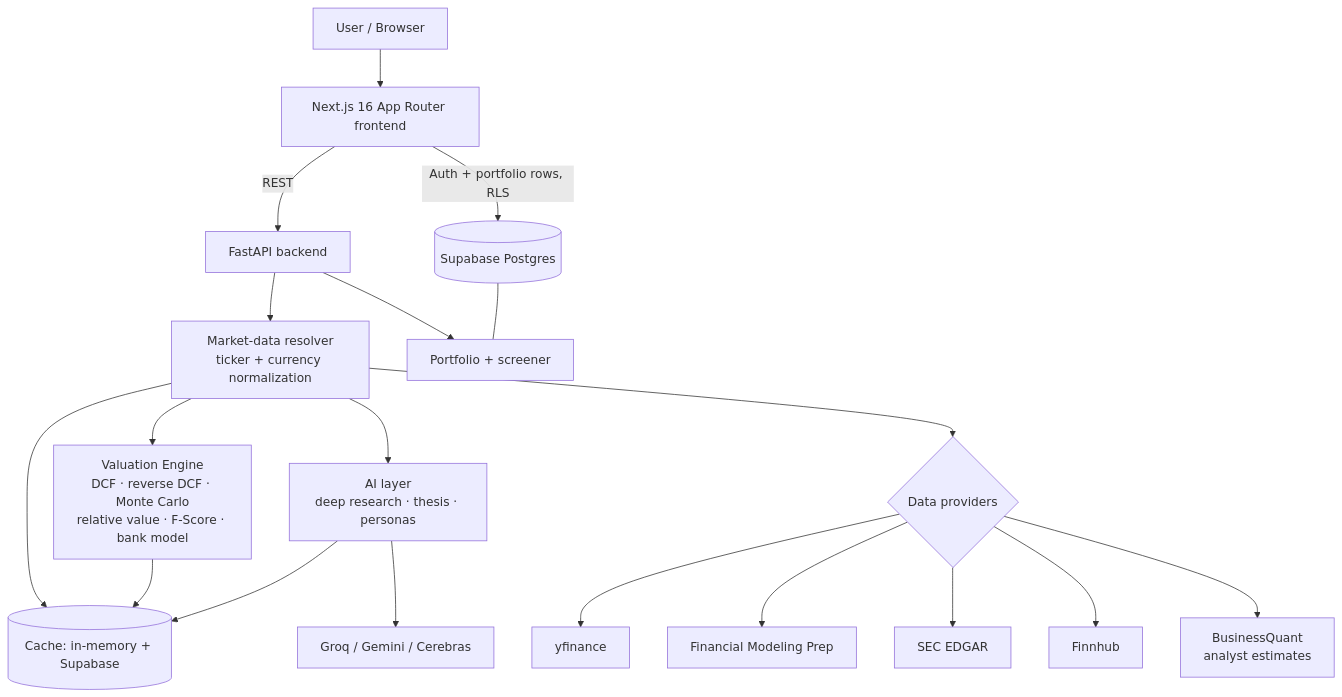
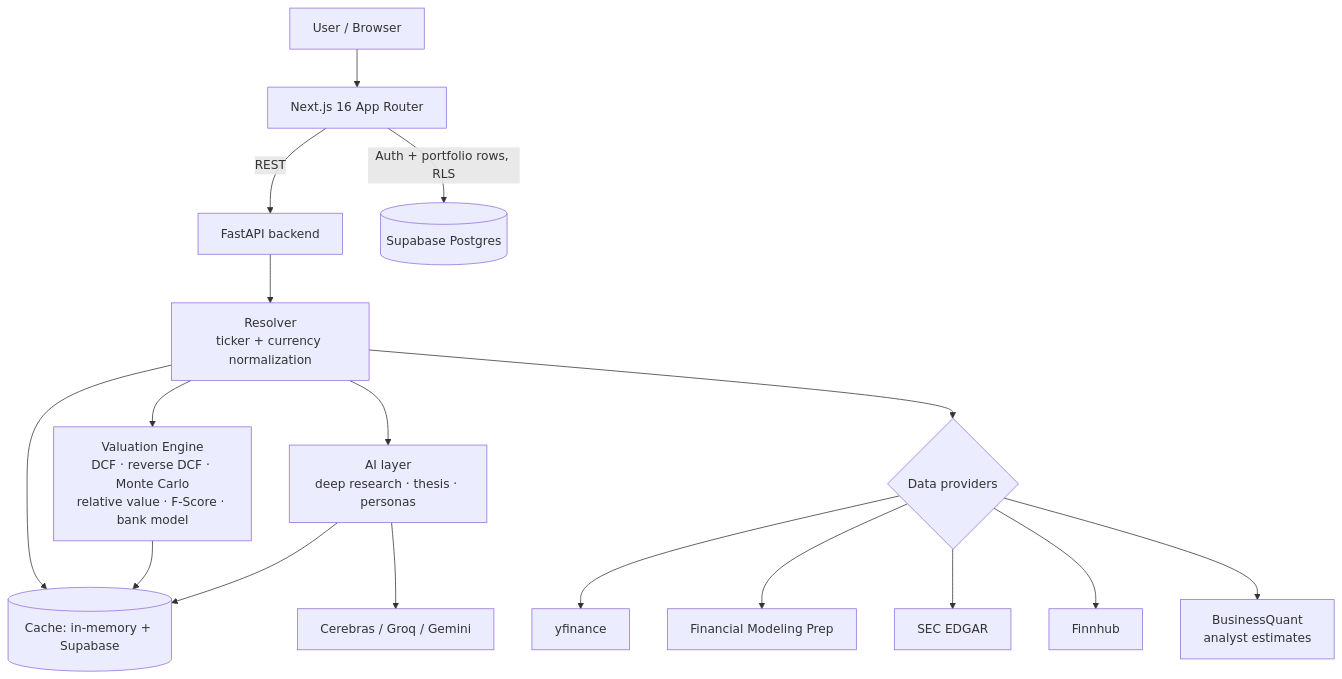
The diagram in README.md (ItayShapiro801/Moat), drawn with Mermaid before and after one commit. The commit also changed other lines of this file, not shown here.

````diff
--- a/README.md
+++ b/README.md
@@ -35,25 +35,23 @@
 ```mermaid
 flowchart TD
-    U[User / Browser] --> FE[Next.js 16 App Router frontend]
+    U[User / Browser] --> FE[Next.js 16 App Router]
     FE -->|REST| BE[FastAPI backend]
     FE -->|Auth + portfolio rows, RLS| SB[(Supabase Postgres)]
 
-    BE --> RES[Market-data resolver<br/>ticker + currency normalization]
+    BE --> RES[Resolver<br/>ticker + currency normalization]
     RES --> VE[Valuation Engine<br/>DCF · reverse DCF · Monte Carlo<br/>relative value · F-Score · bank model]
     RES --> AI[AI layer<br/>deep research · thesis · personas]
-    BE --> PF[Portfolio + screener]
 
     RES --> DP{Data providers}
     DP --> YF[yfinance]
     DP --> FMP[Financial Modeling Prep]
     DP --> EDGAR[SEC EDGAR]
     DP --> FH[Finnhub]
     DP --> BQ[BusinessQuant<br/>analyst estimates]
 
-    AI --> LLM[Groq / Gemini / Cerebras]
+    AI --> LLM[Cerebras / Groq / Gemini]
 
     RES --> CACHE[(Cache: in-memory + Supabase)]
     VE --> CACHE
     AI --> CACHE
-    SB --- PF
 ```
````
